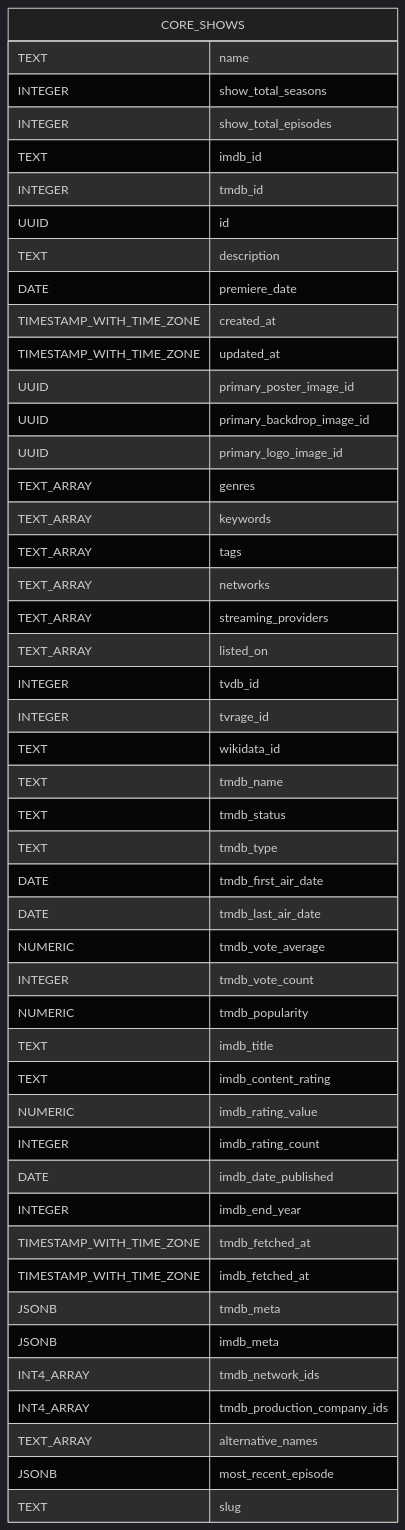
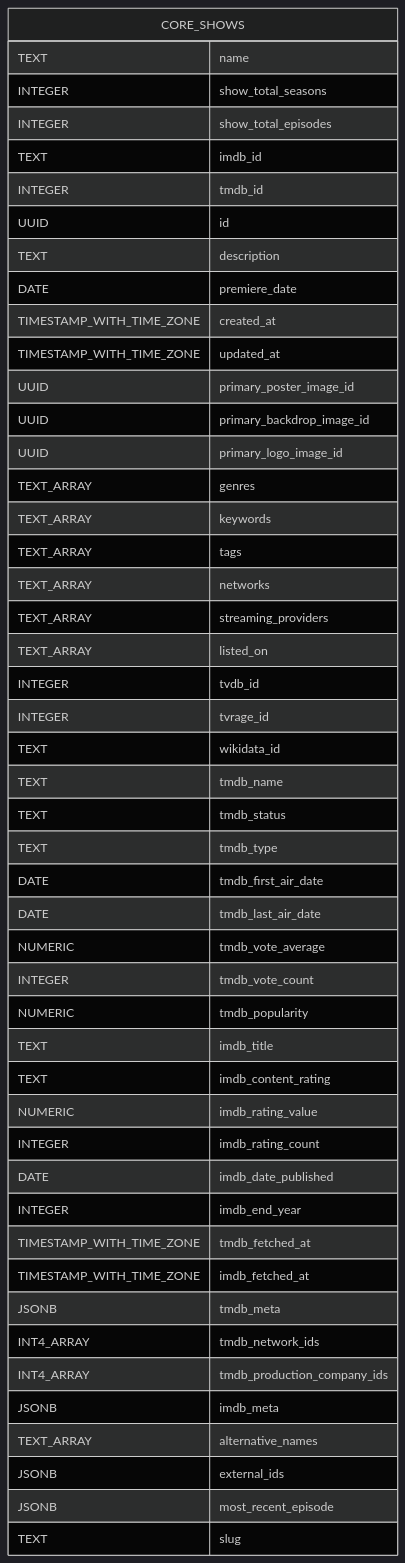
One commit to therealityreport/trr-backend changed the diagram in supabase/schema_docs/diagrams/core.shows.mermaid.md. Above: the diagram before and after it, drawn with Mermaid (dark theme). The commit also changed 73 other files, not shown here.

````diff
--- a/supabase/schema_docs/diagrams/core.shows.mermaid.md
+++ b/supabase/schema_docs/diagrams/core.shows.mermaid.md
@@ -4,50 +4,51 @@
 ```mermaid
 erDiagram
     CORE_SHOWS {
         TEXT name
         INTEGER show_total_seasons
         INTEGER show_total_episodes
         TEXT imdb_id
         INTEGER tmdb_id
         UUID id
         TEXT description
         DATE premiere_date
         TIMESTAMP_WITH_TIME_ZONE created_at
         TIMESTAMP_WITH_TIME_ZONE updated_at
         UUID primary_poster_image_id
         UUID primary_backdrop_image_id
         UUID primary_logo_image_id
         TEXT_ARRAY genres
         TEXT_ARRAY keywords
         TEXT_ARRAY tags
         TEXT_ARRAY networks
         TEXT_ARRAY streaming_providers
         TEXT_ARRAY listed_on
         INTEGER tvdb_id
         INTEGER tvrage_id
         TEXT wikidata_id
         TEXT tmdb_name
         TEXT tmdb_status
         TEXT tmdb_type
         DATE tmdb_first_air_date
         DATE tmdb_last_air_date
         NUMERIC tmdb_vote_average
         INTEGER tmdb_vote_count
         NUMERIC tmdb_popularity
         TEXT imdb_title
         TEXT imdb_content_rating
         NUMERIC imdb_rating_value
         INTEGER imdb_rating_count
         DATE imdb_date_published
         INTEGER imdb_end_year
         TIMESTAMP_WITH_TIME_ZONE tmdb_fetched_at
         TIMESTAMP_WITH_TIME_ZONE imdb_fetched_at
         JSONB tmdb_meta
-        JSONB imdb_meta
         INT4_ARRAY tmdb_network_ids
         INT4_ARRAY tmdb_production_company_ids
+        JSONB imdb_meta
         TEXT_ARRAY alternative_names
+        JSONB external_ids
         JSONB most_recent_episode
         TEXT slug
     }
 ```
````
